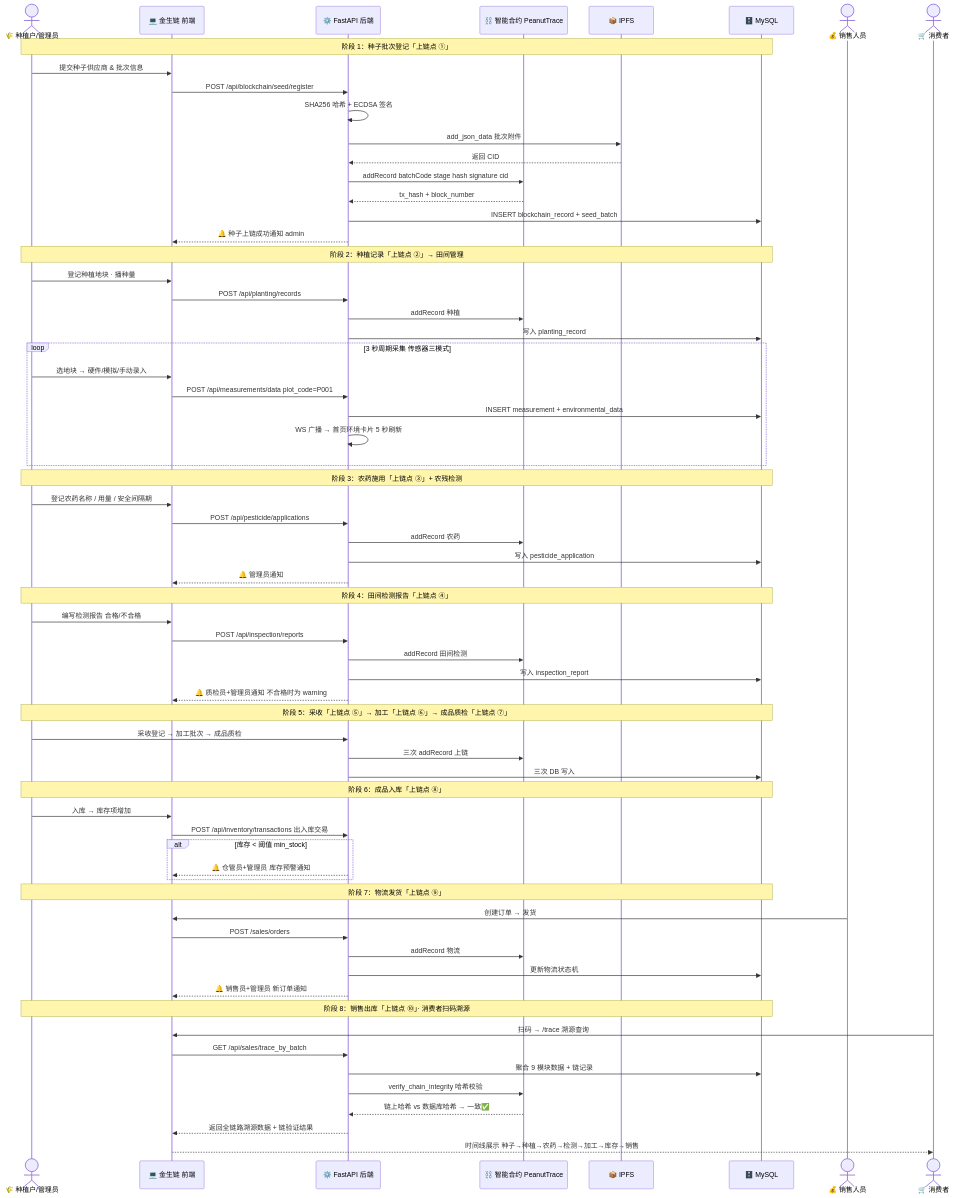
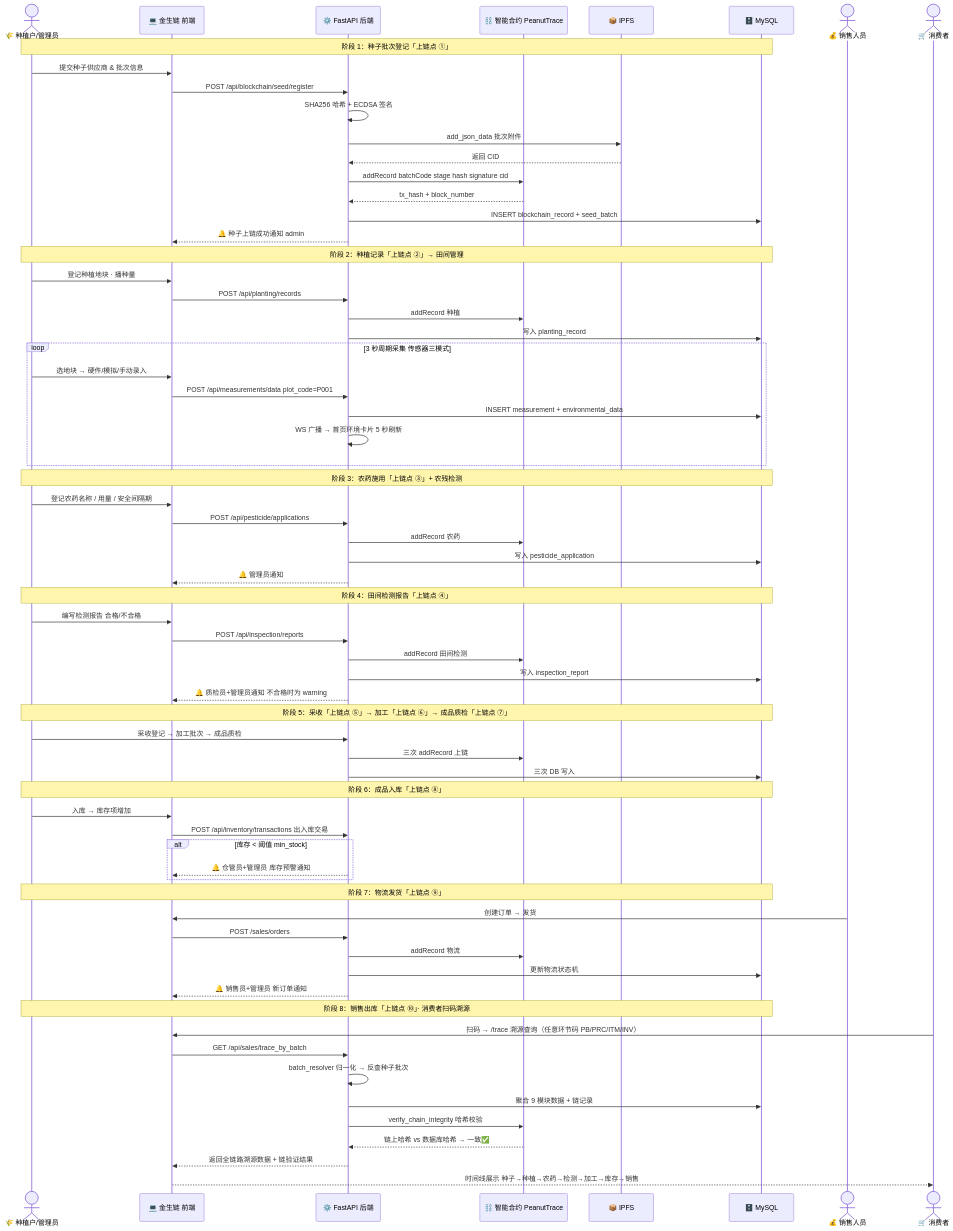
The second of 2 diagrams in README.md (Da123e/nongyao), drawn with Mermaid before and after one commit. The commit also changed other lines of this file and 1 other file, not shown here.

Commit message:
docs: README内嵌架构图与时序图同步批次归一化模块，保持一致

````diff
--- a/README.md
+++ b/README.md
@@ -226,77 +228,78 @@
 ```mermaid
 sequenceDiagram
     actor F as 🌾 种植户/管理员
     participant FE as 💻 金生链 前端
     participant BE as ⚙️ FastAPI 后端
     participant BC as ⛓️ 智能合约 PeanutTrace
     participant IPFS as 📦 IPFS
     participant DB as 🗄️ MySQL
 
     Note over F,DB: 阶段 1：种子批次登记「上链点 ①」
     F->>FE: 提交种子供应商 & 批次信息
     FE->>BE: POST /api/blockchain/seed/register
     BE->>BE: SHA256 哈希 + ECDSA 签名
     BE->>IPFS: add_json_data 批次附件
     IPFS-->>BE: 返回 CID
     BE->>BC: addRecord batchCode stage hash signature cid
     BC-->>BE: tx_hash + block_number
     BE->>DB: INSERT blockchain_record + seed_batch
     BE-->>FE: 🔔 种子上链成功通知 admin
 
     Note over F,DB: 阶段 2：种植记录「上链点 ②」→ 田间管理
     F->>FE: 登记种植地块 · 播种量
     FE->>BE: POST /api/planting/records
     BE->>BC: addRecord 种植
     BE->>DB: 写入 planting_record
 
     loop 3 秒周期采集 传感器三模式
         F->>FE: 选地块 → 硬件/模拟/手动录入
         FE->>BE: POST /api/measurements/data plot_code=P001
         BE->>DB: INSERT measurement + environmental_data
         BE->>BE: WS 广播 → 首页环境卡片 5 秒刷新
     end
 
     Note over F,DB: 阶段 3：农药施用「上链点 ③」+ 农残检测
     F->>FE: 登记农药名称 / 用量 / 安全间隔期
     FE->>BE: POST /api/pesticide/applications
     BE->>BC: addRecord 农药
     BE->>DB: 写入 pesticide_application
     BE-->>FE: 🔔 管理员通知
 
     Note over F,DB: 阶段 4：田间检测报告「上链点 ④」
     F->>FE: 编写检测报告 合格/不合格
     FE->>BE: POST /api/inspection/reports
     BE->>BC: addRecord 田间检测
     BE->>DB: 写入 inspection_report
     BE-->>FE: 🔔 质检员+管理员通知 不合格时为 warning
 
     Note over F,DB: 阶段 5：采收「上链点 ⑤」→ 加工「上链点 ⑥」→ 成品质检「上链点 ⑦」
     F->>BE: 采收登记 → 加工批次 → 成品质检
     BE->>BC: 三次 addRecord 上链
     BE->>DB: 三次 DB 写入
 
     Note over F,DB: 阶段 6：成品入库「上链点 ⑧」
     F->>FE: 入库 → 库存项增加
     FE->>BE: POST /api/inventory/transactions 出入库交易
     alt 库存 < 阈值 min_stock
         BE-->>FE: 🔔 仓管员+管理员 库存预警通知
     end
 
     Note over F,DB: 阶段 7：物流发货「上链点 ⑨」
     actor S as 💰 销售人员
     S->>FE: 创建订单 → 发货
     FE->>BE: POST /sales/orders
     BE->>BC: addRecord 物流
     BE->>DB: 更新物流状态机
     BE-->>FE: 🔔 销售员+管理员 新订单通知
 
     Note over F,DB: 阶段 8：销售出库「上链点 ⑩」· 消费者扫码溯源
     actor C as 🛒 消费者
-    C->>FE: 扫码 → /trace 溯源查询
+    C->>FE: 扫码 → /trace 溯源查询（任意环节码 PB/PRC/ITM/INV）
     FE->>BE: GET /api/sales/trace_by_batch
+    BE->>BE: batch_resolver 归一化 → 反查种子批次
     BE->>DB: 聚合 9 模块数据 + 链记录
     BE->>BC: verify_chain_integrity 哈希校验
     BC-->>BE: 链上哈希 vs 数据库哈希 → 一致✅
     BE-->>FE: 返回全链路溯源数据 + 链验证结果
     FE-->>C: 时间线展示 种子→种植→农药→检测→加工→库存→销售
 ```
````
